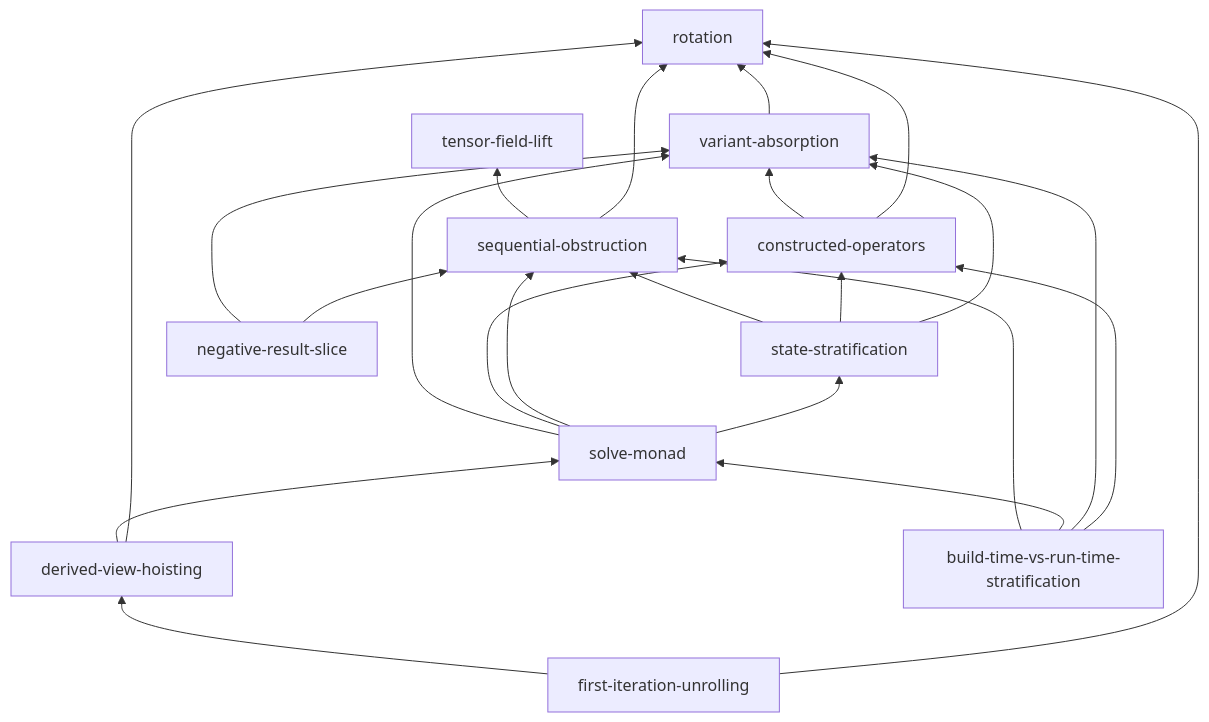
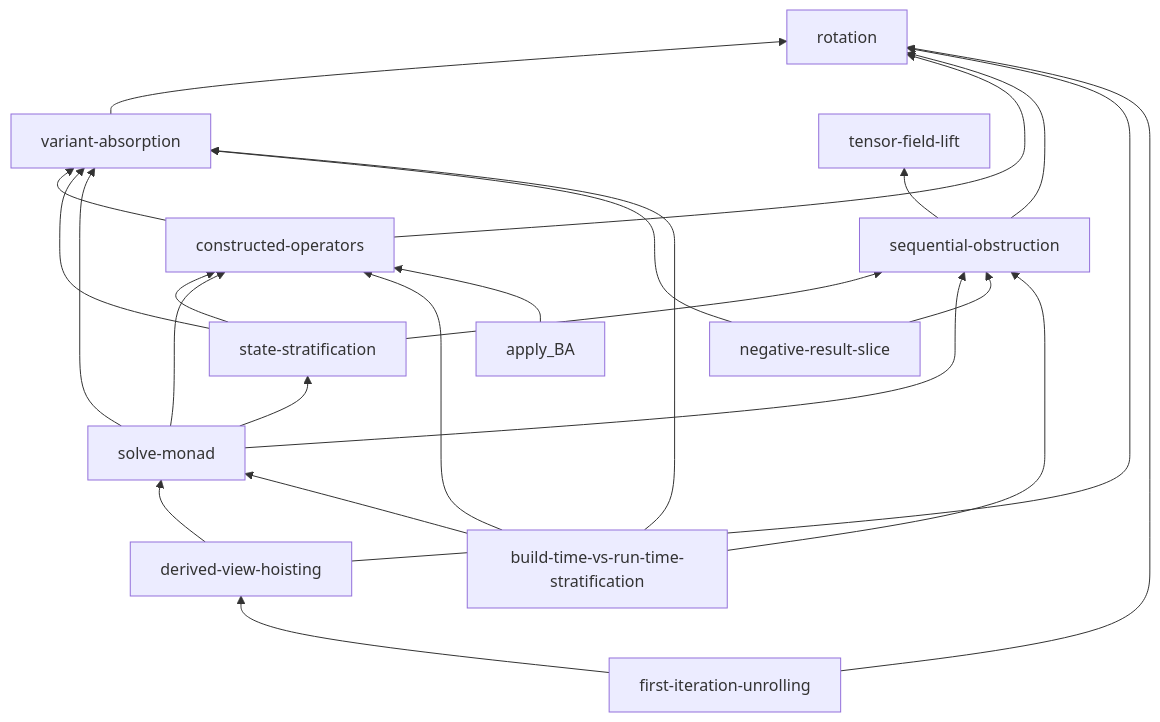
The first of 6 diagrams in book/src/concepts/dependency-map.md (crutcher/palace_whiteroom), drawn with Mermaid before and after one commit. The commit also changed other lines of this file and 17 other files, not shown here.

````diff
--- a/book/src/concepts/dependency-map.md
+++ b/book/src/concepts/dependency-map.md
@@ -24,25 +24,26 @@
 ```mermaid
 graph BT
   variant-absorption --> rotation
   constructed-operators --> rotation
   constructed-operators --> variant-absorption
   sequential-obstruction --> rotation
   sequential-obstruction --> tensor-field-lift
   state-stratification --> variant-absorption
   state-stratification --> constructed-operators
   state-stratification --> sequential-obstruction
   solve-monad --> state-stratification
   solve-monad --> sequential-obstruction
   solve-monad --> constructed-operators
   solve-monad --> variant-absorption
   derived-view-hoisting --> rotation
   derived-view-hoisting --> solve-monad
   negative-result-slice --> sequential-obstruction
   negative-result-slice --> variant-absorption
   build-time-vs-run-time-stratification --> constructed-operators
   build-time-vs-run-time-stratification --> variant-absorption
   build-time-vs-run-time-stratification --> solve-monad
   build-time-vs-run-time-stratification --> sequential-obstruction
   first-iteration-unrolling --> rotation
   first-iteration-unrolling --> derived-view-hoisting
+  apply_BA --> constructed-operators
 ```
````
